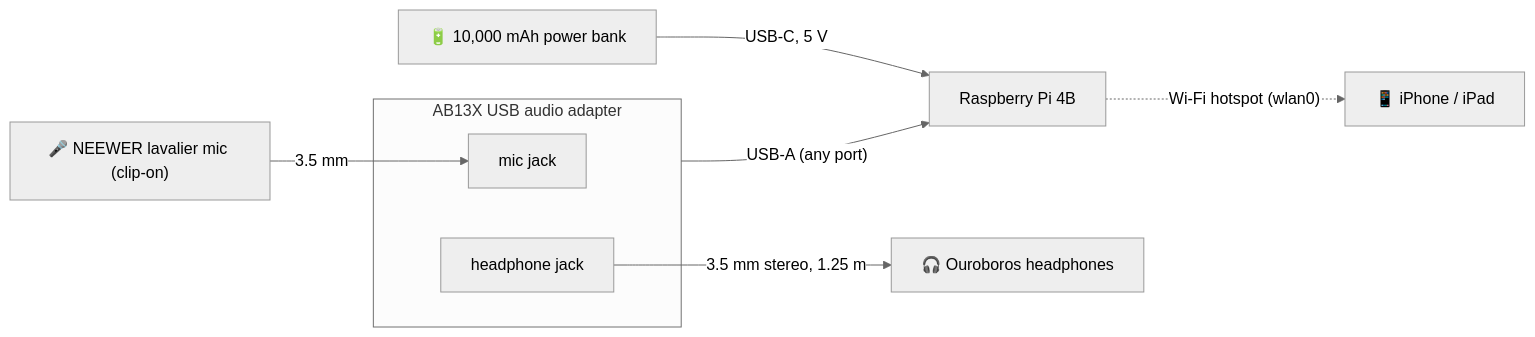
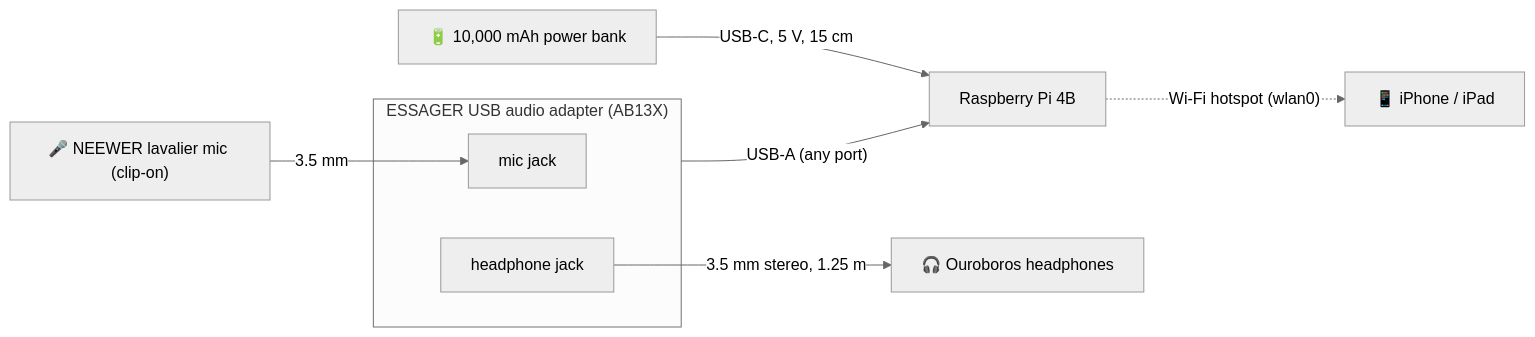
The diagram in hardware/wiring.md (alrefaei-9/sukoon), drawn with Mermaid (neutral theme) before and after one commit. The commit also changed other lines of this file and 3 other files, not shown here.

Commit message:
Docs: Pi case, power bank stacking, 15 cm USB-C cable, ESSAGER adapter

````diff
--- a/hardware/wiring.md
+++ b/hardware/wiring.md
@@ -5,12 +5,12 @@
 ```mermaid
 flowchart LR
-    PB["🔋 10,000 mAh power bank"] -- "USB-C, 5 V" --> PI["Raspberry Pi 4B"]
+    PB["🔋 10,000 mAh power bank"] -- "USB-C, 5 V, 15 cm" --> PI["Raspberry Pi 4B"]
     MIC["🎤 NEEWER lavalier mic (clip-on)"] -- "3.5 mm" --> MJ["mic jack"]
-    subgraph AD["AB13X USB audio adapter"]
+    subgraph AD["ESSAGER USB audio adapter (AB13X)"]
         MJ
         HJ["headphone jack"]
     end
     AD -- "USB-A (any port)" --> PI
     HJ -- "3.5 mm stereo, 1.25 m" --> HP["🎧 Ouroboros headphones"]
     PI -. "Wi-Fi hotspot (wlan0)" .-> PH["📱 iPhone / iPad"]
 ```
````
